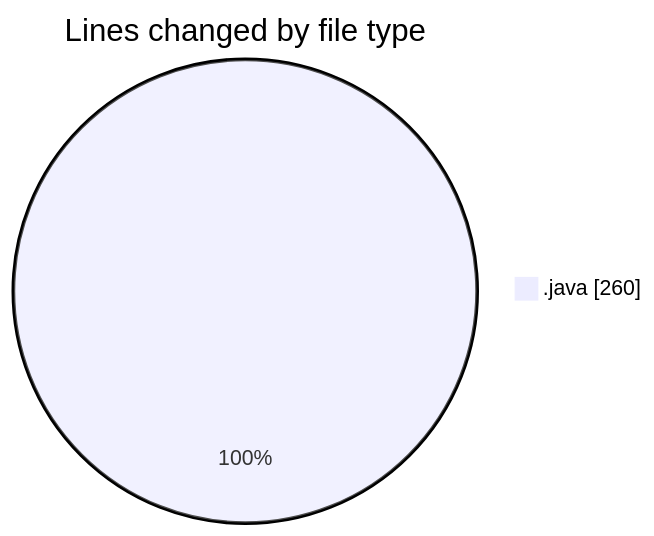
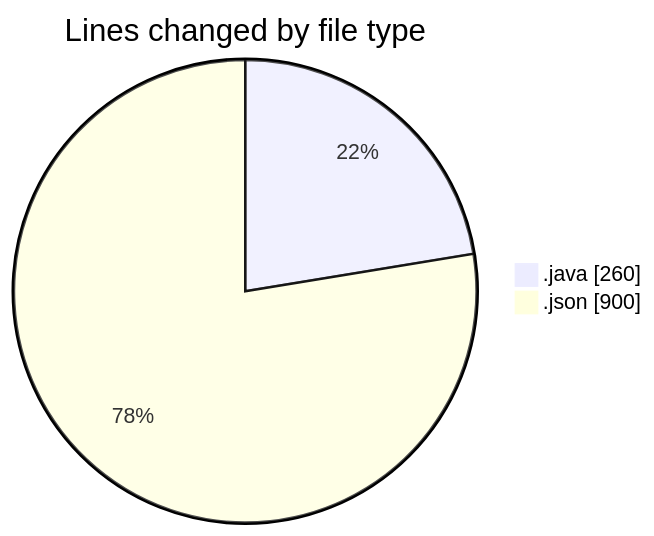
The first of 2 diagrams in 2026-04-21/cilapp/README.md (ricardozamudiocil/code-tracking), drawn with Mermaid before and after one commit. The commit also changed other lines of this file and 1 other file, not shown here.

````diff
--- a/2026-04-21/cilapp/README.md
+++ b/2026-04-21/cilapp/README.md
@@ -20,5 +21,6 @@
 ```mermaid
 pie showData
 title Lines changed by file type
 ".java" : 260
+".json" : 900
 ```
````
